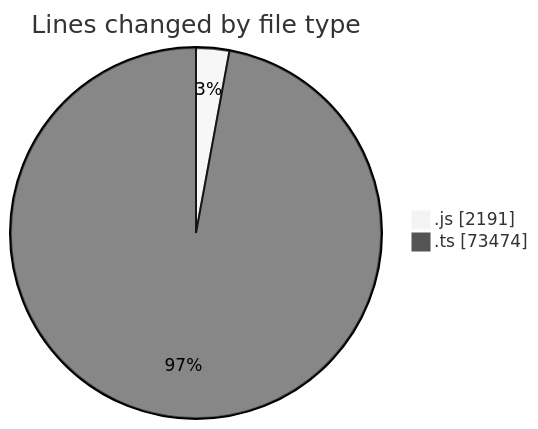
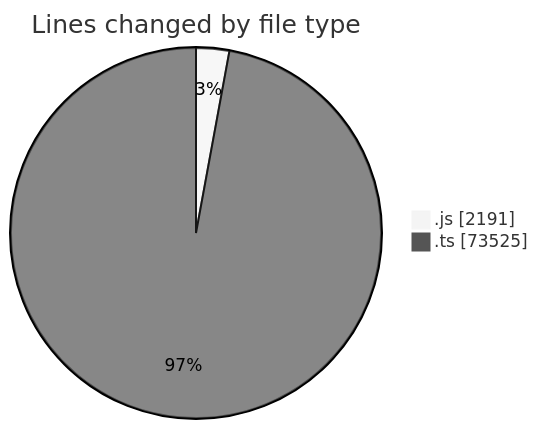
Before and after one commit to momahboobian/code-tracking: the first of 2 diagrams in 2025-06-19/cda/README.md, drawn with Mermaid (neutral theme). The commit also changed other lines of this file and 1 other file, not shown here.

````diff
--- a/2025-06-19/cda/README.md
+++ b/2025-06-19/cda/README.md
@@ -41,6 +41,6 @@
 ```mermaid
 pie showData
 title Lines changed by file type
 ".js" : 2191
-".ts" : 73474
+".ts" : 73525
 ```
````
